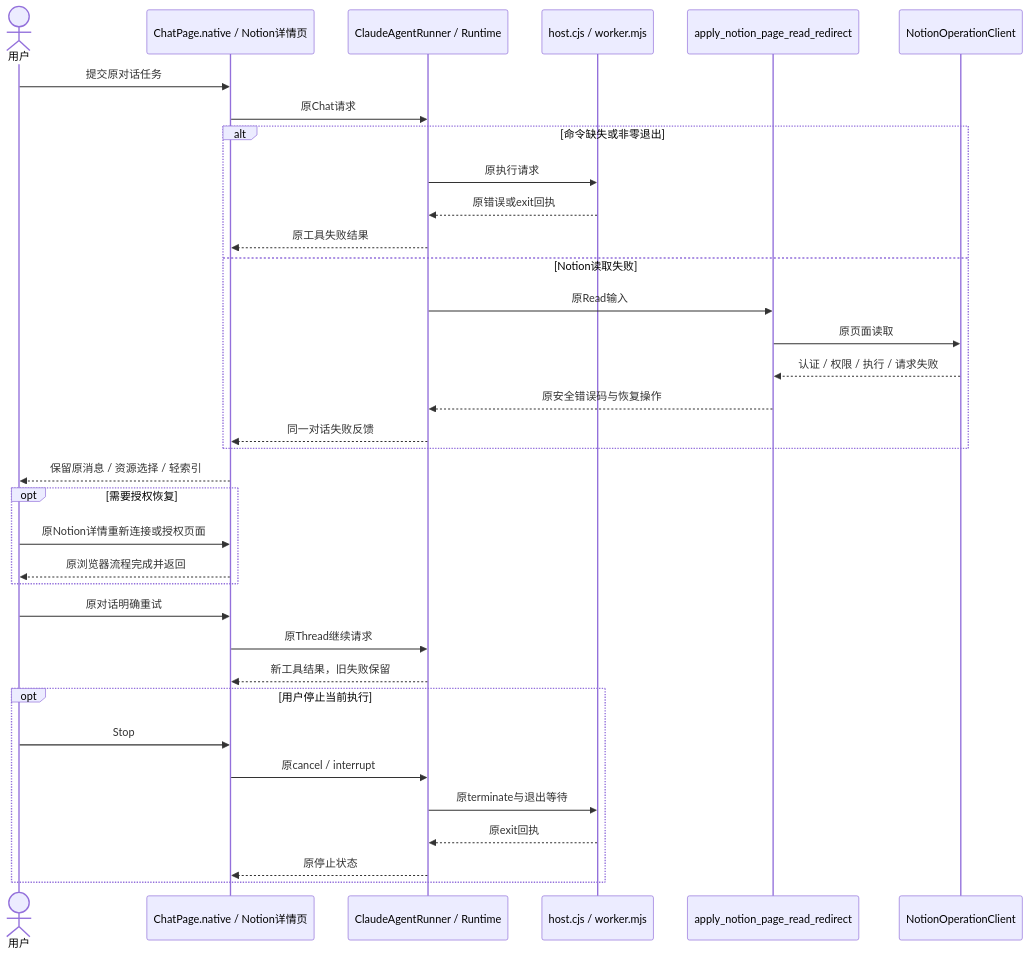
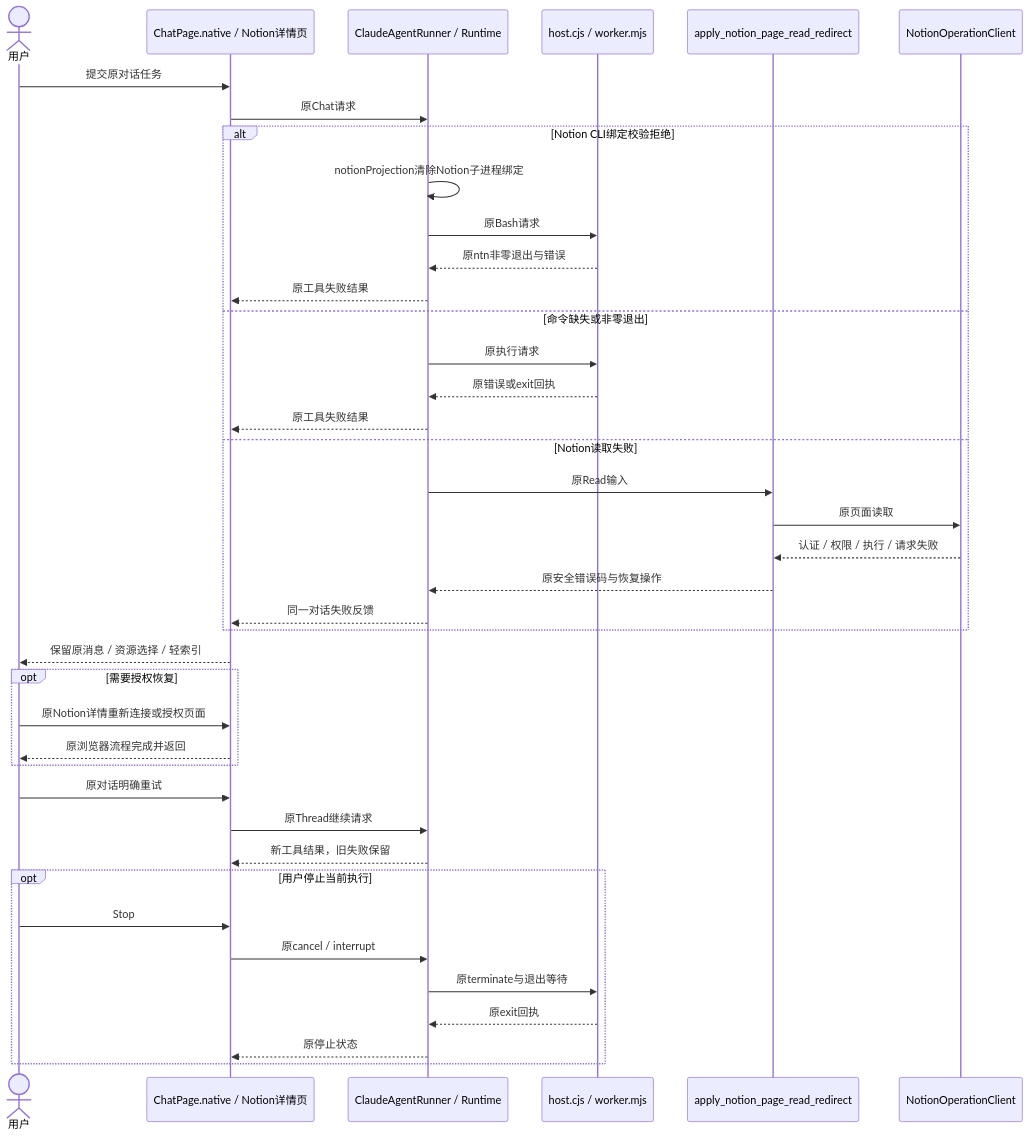
Diagram 34 of 35 in docs/design/multi-platform/mobile-ios-interaction.md (glide-the/im-dream), drawn with Mermaid before and after one commit. The commit also changed other lines of this file and 308 other files, not shown here.

````diff
--- a/docs/design/multi-platform/mobile-ios-interaction.md
+++ b/docs/design/multi-platform/mobile-ios-interaction.md
@@ -1402,37 +1416,42 @@
 ```mermaid
 sequenceDiagram
     actor U as 用户
     participant UI as ChatPage.native / Notion详情页
     participant R as ClaudeAgentRunner / Runtime
     participant H as host.cjs / worker.mjs
     participant P as apply_notion_page_read_redirect
     participant N as NotionOperationClient
     U->>UI: 提交原对话任务
     UI->>R: 原Chat请求
-    alt 命令缺失或非零退出
+    alt Notion CLI绑定校验拒绝
+        R->>R: notionProjection清除Notion子进程绑定
+        R->>H: 原Bash请求
+        H-->>R: 原ntn非零退出与错误
+        R-->>UI: 原工具失败结果
+    else 命令缺失或非零退出
         R->>H: 原执行请求
         H-->>R: 原错误或exit回执
         R-->>UI: 原工具失败结果
     else Notion读取失败
         R->>P: 原Read输入
         P->>N: 原页面读取
         N-->>P: 认证 / 权限 / 执行 / 请求失败
         P-->>R: 原安全错误码与恢复操作
         R-->>UI: 同一对话失败反馈
     end
     UI-->>U: 保留原消息 / 资源选择 / 轻索引
     opt 需要授权恢复
         U->>UI: 原Notion详情重新连接或授权页面
         UI-->>U: 原浏览器流程完成并返回
     end
     U->>UI: 原对话明确重试
     UI->>R: 原Thread继续请求
     R-->>UI: 新工具结果，旧失败保留
     opt 用户停止当前执行
         U->>UI: Stop
         UI->>R: 原cancel / interrupt
         R->>H: 原terminate与退出等待
         H-->>R: 原exit回执
         R-->>UI: 原停止状态
     end
 ```
````
